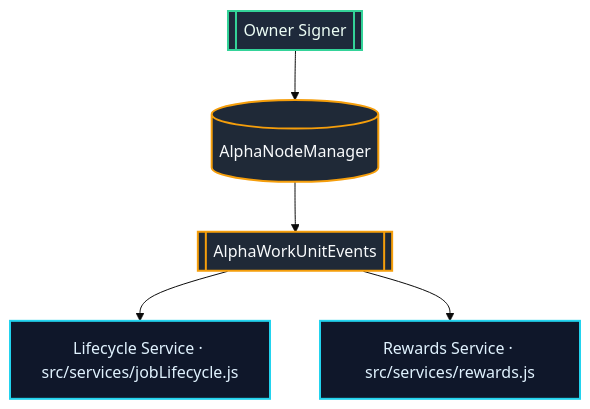
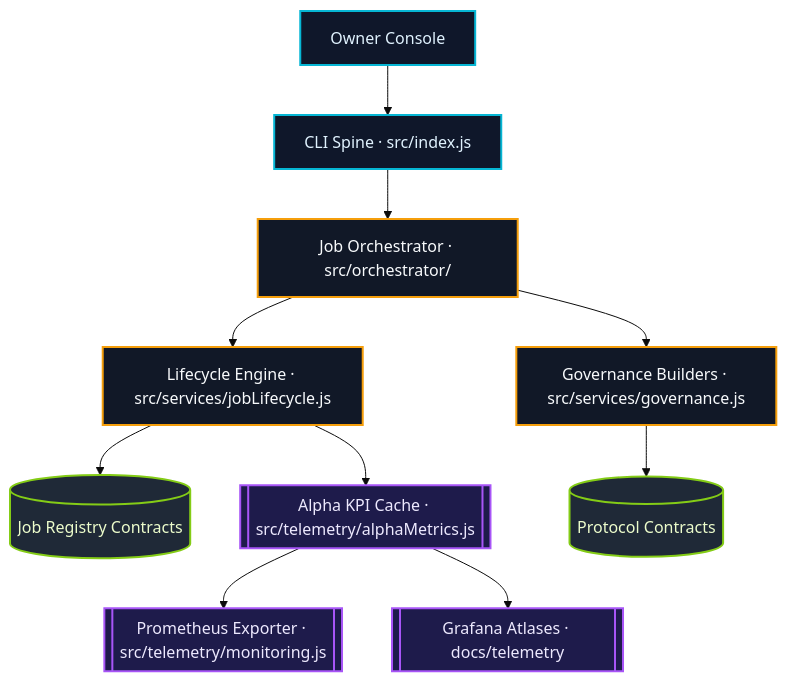
One commit to MontrealAI/AGI-Alpha-Node-v0 changed the second of 3 diagrams in README.md. Above: the diagram before and after it, drawn with Mermaid (base theme). The commit also changed other lines of this file and 4 other files, not shown here.

Commit message:
feat: parameterize alpha work units

````diff
--- a/README.md
+++ b/README.md
@@ -108,11 +100,17 @@
 ```mermaid
 flowchart TD
-  classDef contract fill:#1f2937,stroke:#f59e0b,stroke-width:2px,color:#f8fafc;
-  classDef service fill:#0f172a,stroke:#22d3ee,stroke-width:2px,color:#e0f2fe;
-  classDef control fill:#1e293b,stroke:#34d399,stroke-width:2px,color:#ecfdf5;
+  classDef control fill:#0f172a,stroke:#06b6d4,stroke-width:2px,color:#e0f2fe;
+  classDef service fill:#111827,stroke:#f59e0b,stroke-width:2px,color:#f8fafc;
+  classDef ledger fill:#1f2937,stroke:#84cc16,stroke-width:2px,color:#ecfccb;
+  classDef insight fill:#1e1b4b,stroke:#a855f7,stroke-width:2px,color:#ede9fe;
 
-  Owner[[Owner Signer]]:::control --> Manager[(AlphaNodeManager)]:::contract
-  Manager --> Events[[AlphaWorkUnitEvents]]:::contract
-  Events --> LifecycleService["Lifecycle Service · src/services/jobLifecycle.js"]:::service
-  Events --> RewardsService["Rewards Service · src/services/rewards.js"]:::service
+  Owner[Owner Console]:::control --> CLI[CLI Spine · src/index.js]:::control
+  CLI --> Orchestrator[Job Orchestrator · src/orchestrator/]:::service
+  Orchestrator --> Lifecycle[Lifecycle Engine · src/services/jobLifecycle.js]:::service
+  Orchestrator --> Governance[Governance Builders · src/services/governance.js]:::service
+  Lifecycle --> Registry[(Job Registry Contracts)]:::ledger
+  Governance --> Chain[(Protocol Contracts)]:::ledger
+  Lifecycle --> Metrics[[Alpha KPI Cache · src/telemetry/alphaMetrics.js]]:::insight
+  Metrics --> Prometheus[[Prometheus Exporter · src/telemetry/monitoring.js]]:::insight
+  Metrics --> Dashboards[[Grafana Atlases · docs/telemetry]]:::insight
 ```
````
